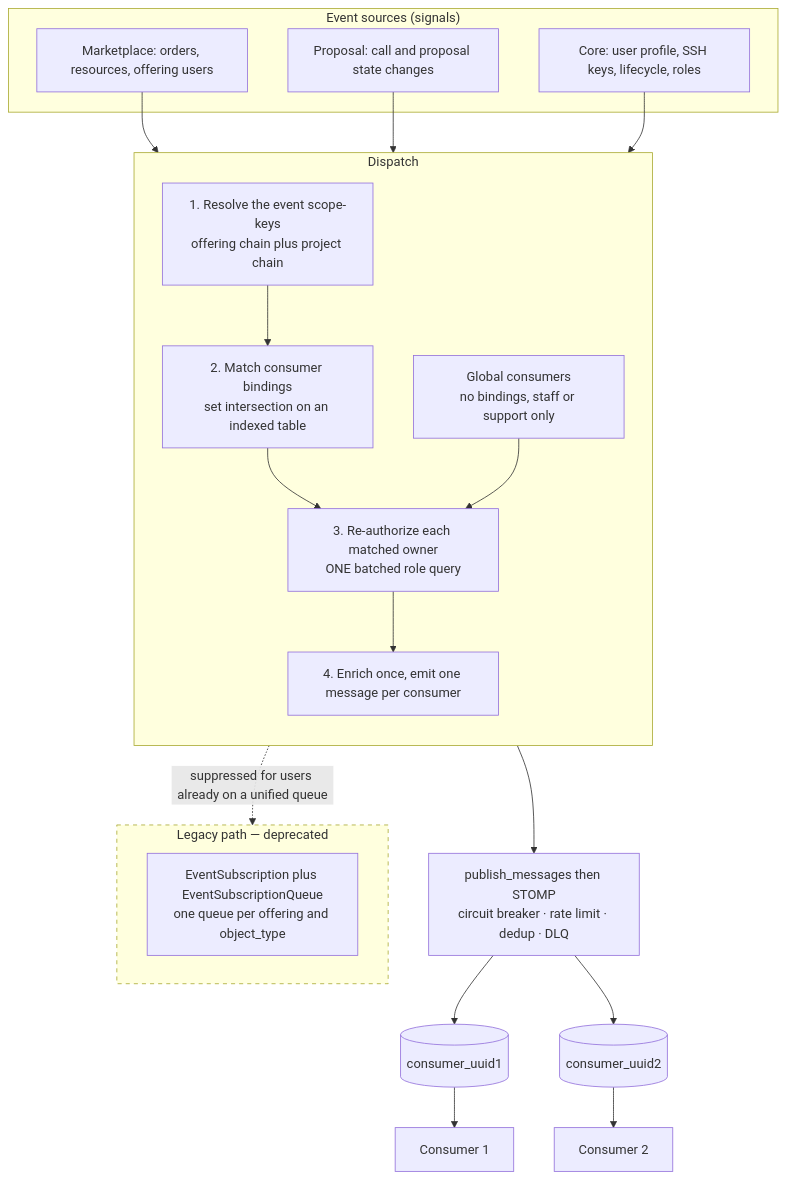
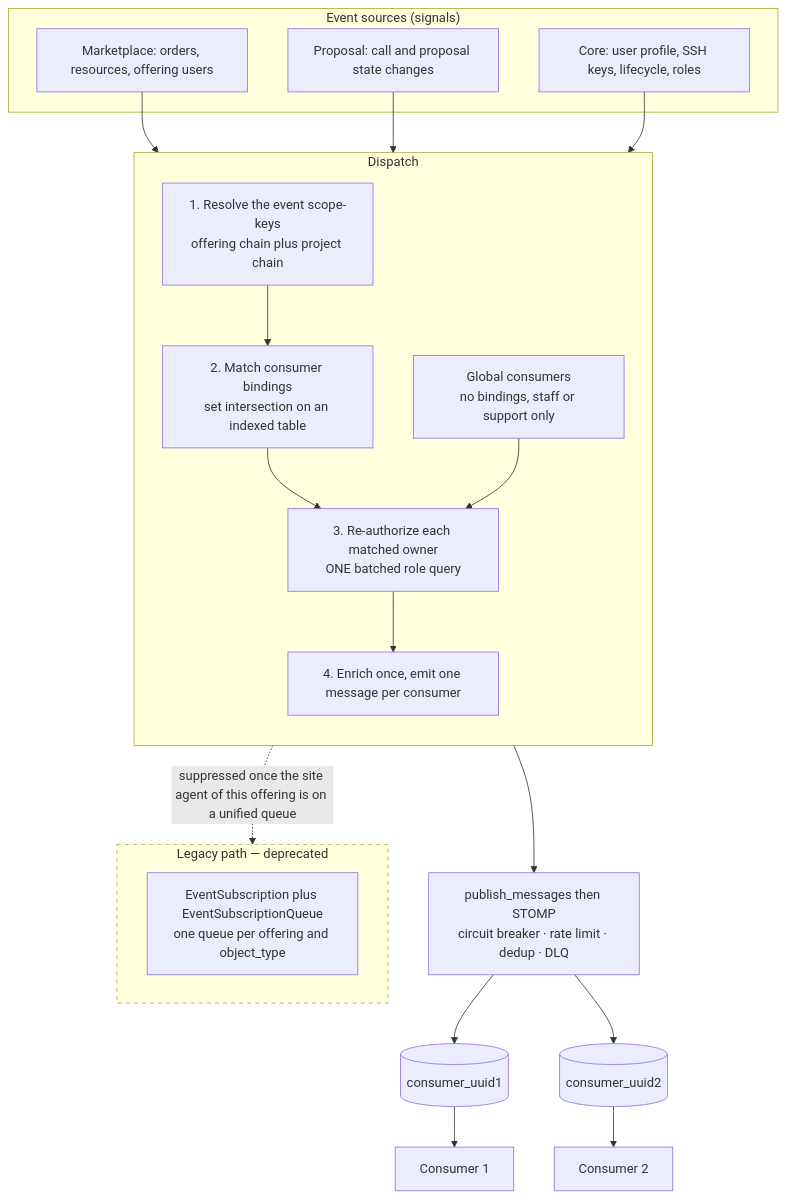
Before and after one commit to waldur/waldur-docs: the diagram in docs/developer-guide/design/pubsub-architecture.md, drawn with Mermaid. The commit also changed other lines of this file and 54 other files, not shown here.

````diff
--- a/docs/developer-guide/design/pubsub-architecture.md
+++ b/docs/developer-guide/design/pubsub-architecture.md
@@ -26,33 +26,33 @@
 ```mermaid
 flowchart TD
     subgraph sources["Event sources (signals)"]
         ev_market["Marketplace: orders, resources, offering users"]
         ev_user["Core: user profile, SSH keys, lifecycle, roles"]
         ev_proposal["Proposal: call and proposal state changes"]
     end
 
     ev_market --> disp_keys
     ev_proposal --> disp_keys
     ev_user --> disp_global
 
     subgraph dispatch["Dispatch"]
         direction TB
         disp_keys["1. Resolve the event scope-keys<br/>offering chain plus project chain"]
         disp_keys --> disp_match["2. Match consumer bindings<br/>set intersection on an indexed table"]
         disp_match --> disp_auth["3. Re-authorize each matched owner<br/>ONE batched role query"]
         disp_global["Global consumers<br/>no bindings, staff or support only"] --> disp_auth
         disp_auth --> disp_emit["4. Enrich once, emit one message per consumer"]
     end
 
     disp_emit --> publish["publish_messages then STOMP<br/>circuit breaker · rate limit · dedup · DLQ"]
     publish --> q1[(consumer_uuid1)]
     publish --> q2[(consumer_uuid2)]
     q1 --> c1["Consumer 1"]
     q2 --> c2["Consumer 2"]
 
     subgraph legacy["Legacy path — deprecated"]
         legacy_queue["EventSubscription plus EventSubscriptionQueue<br/>one queue per offering and object_type"]
     end
-    disp_match -.->|suppressed for users already on a unified queue| legacy
+    disp_match -.->|suppressed once the site agent of this offering is on a unified queue| legacy
     style legacy stroke-dasharray: 5 5
 ```
````
